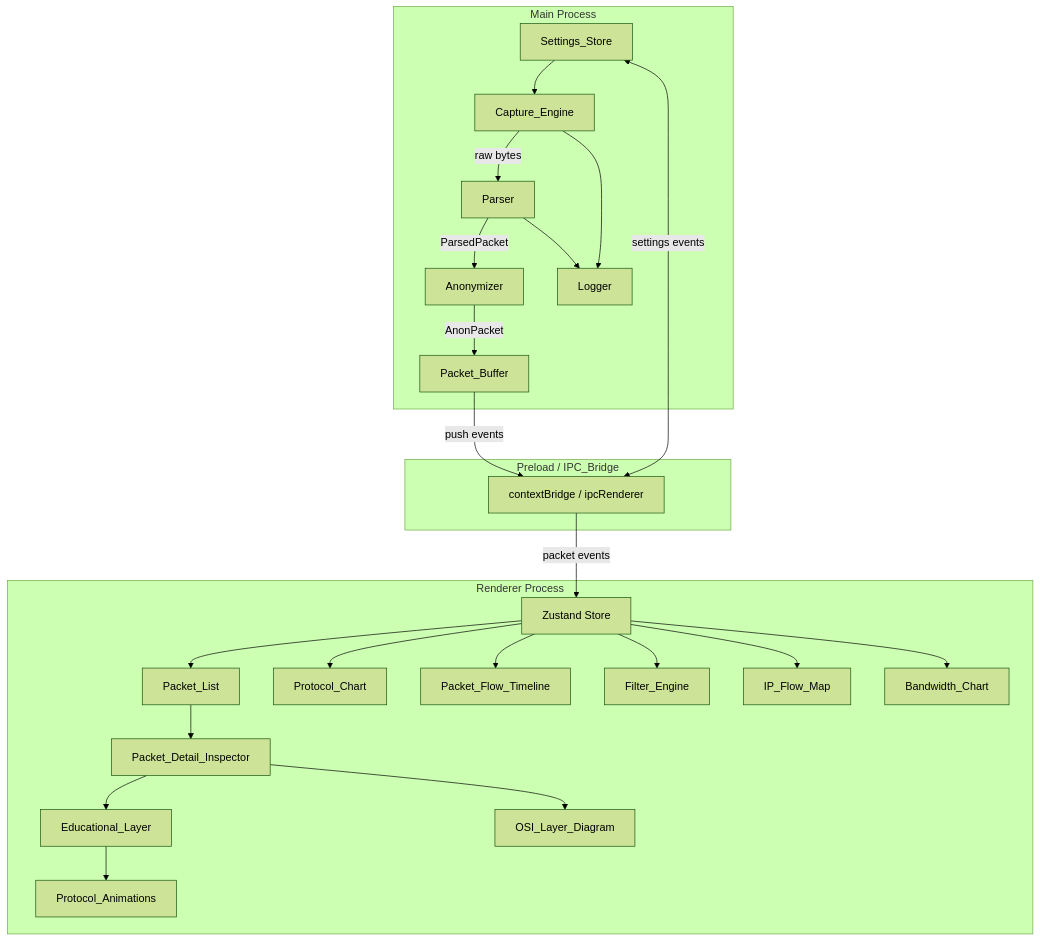
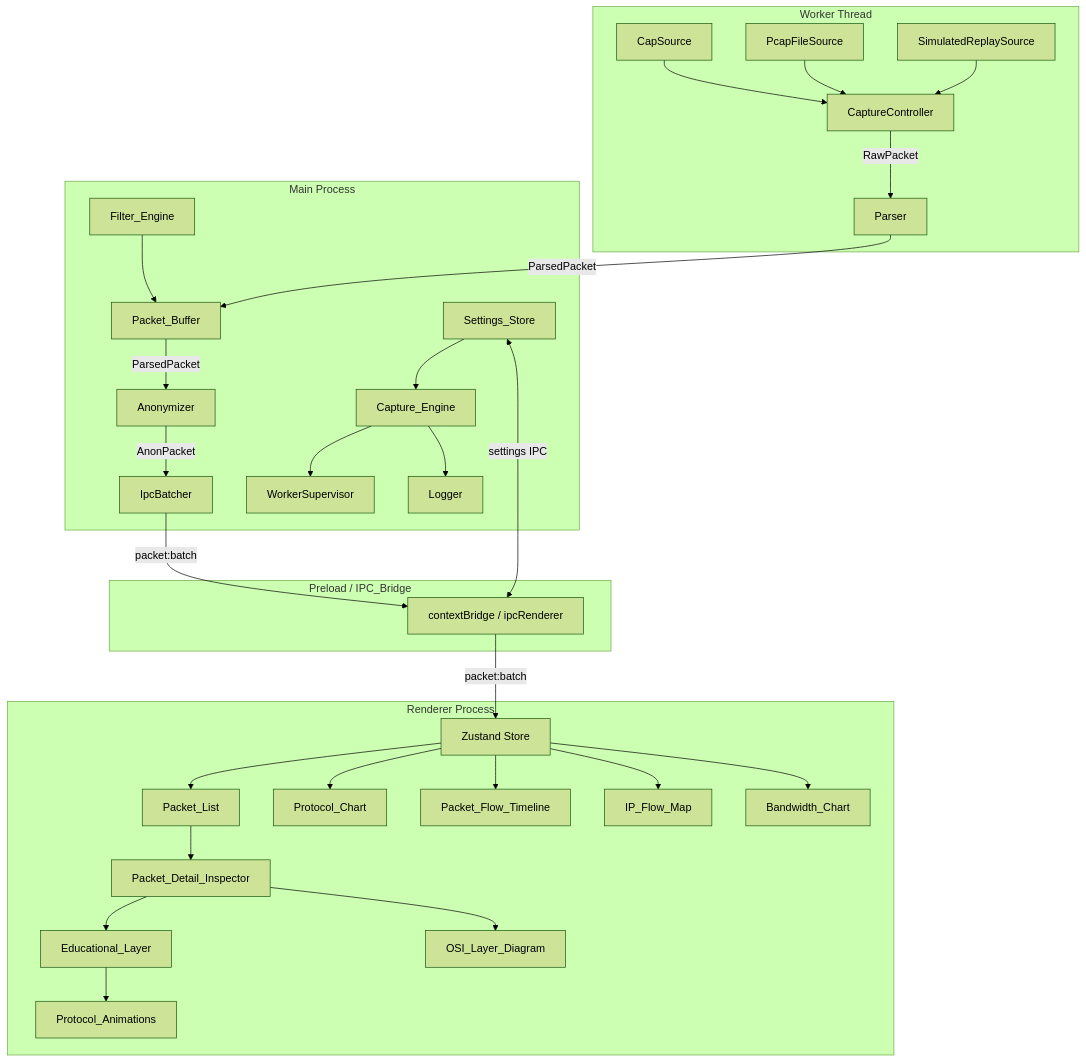
The diagram in .kiro/specs/netvis-core/design.md (shashwatt735/NetVis), drawn with Mermaid (forest theme) before and after one commit. The commit also changed other lines of this file and 196 other files, not shown here.

````diff
--- a/.kiro/specs/netvis-core/design.md
+++ b/.kiro/specs/netvis-core/design.md
@@ -22,48 +24,62 @@
 ```mermaid
 graph TD
+  subgraph Worker Thread
+    CC[CaptureController]
+    CS[CapSource]
+    FS[PcapFileSource]
+    RS[SimulatedReplaySource]
+    PA[Parser]
+    CS --> CC
+    FS --> CC
+    RS --> CC
+    CC -->|RawPacket| PA
+  end
+
   subgraph Main Process
     CE[Capture_Engine]
-    PA[Parser]
+    WS[WorkerSupervisor]
+    FE[Filter_Engine]
     AN[Anonymizer]
     PB[Packet_Buffer]
+    IB[IpcBatcher]
     LG[Logger]
     ST[Settings_Store]
-    CE -->|raw bytes| PA
-    PA -->|ParsedPacket| AN
-    AN -->|AnonPacket| PB
+    CE --> WS
+    PA -->|ParsedPacket| PB
+    PB -->|ParsedPacket| AN
+    AN -->|AnonPacket| IB
     CE --> LG
-    PA --> LG
     ST --> CE
+    FE --> PB
   end
 
   subgraph Preload / IPC_Bridge
     IPC[contextBridge / ipcRenderer]
-    PB -->|push events| IPC
-    ST <-->|settings events| IPC
+    ST <-->|settings IPC| IPC
   end
 
   subgraph Renderer Process
     ZS[Zustand Store]
     PL[Packet_List]
     PDI[Packet_Detail_Inspector]
     PC[Protocol_Chart]
     PFT[Packet_Flow_Timeline]
-    FE[Filter_Engine]
     EL[Educational_Layer]
     OSI[OSI_Layer_Diagram]
     IFM[IP_Flow_Map]
     BC[Bandwidth_Chart]
     ANIM[Protocol_Animations]
-    IPC -->|packet events| ZS
+    IPC -->|packet:batch| ZS
     ZS --> PL
     ZS --> PC
     ZS --> PFT
-    ZS --> FE
     PL --> PDI
     PDI --> EL
     PDI --> OSI
     ZS --> IFM
     ZS --> BC
     EL --> ANIM
   end
+
+  IB -->|packet:batch| IPC
 ```
````
